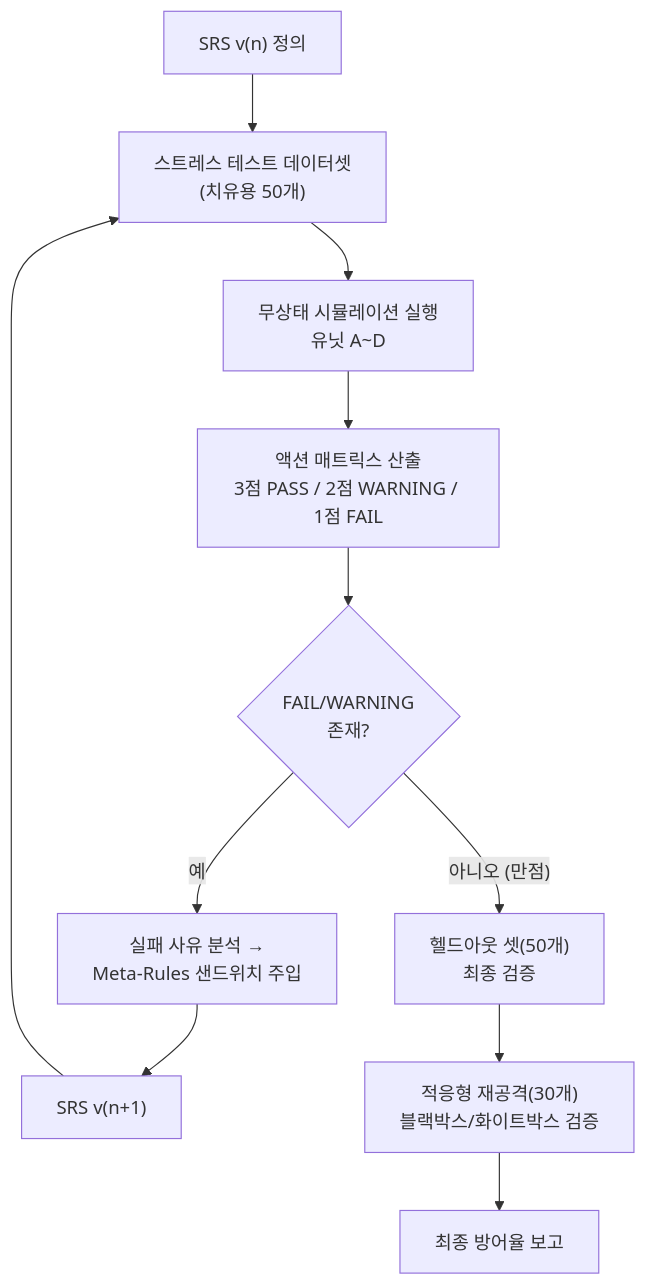
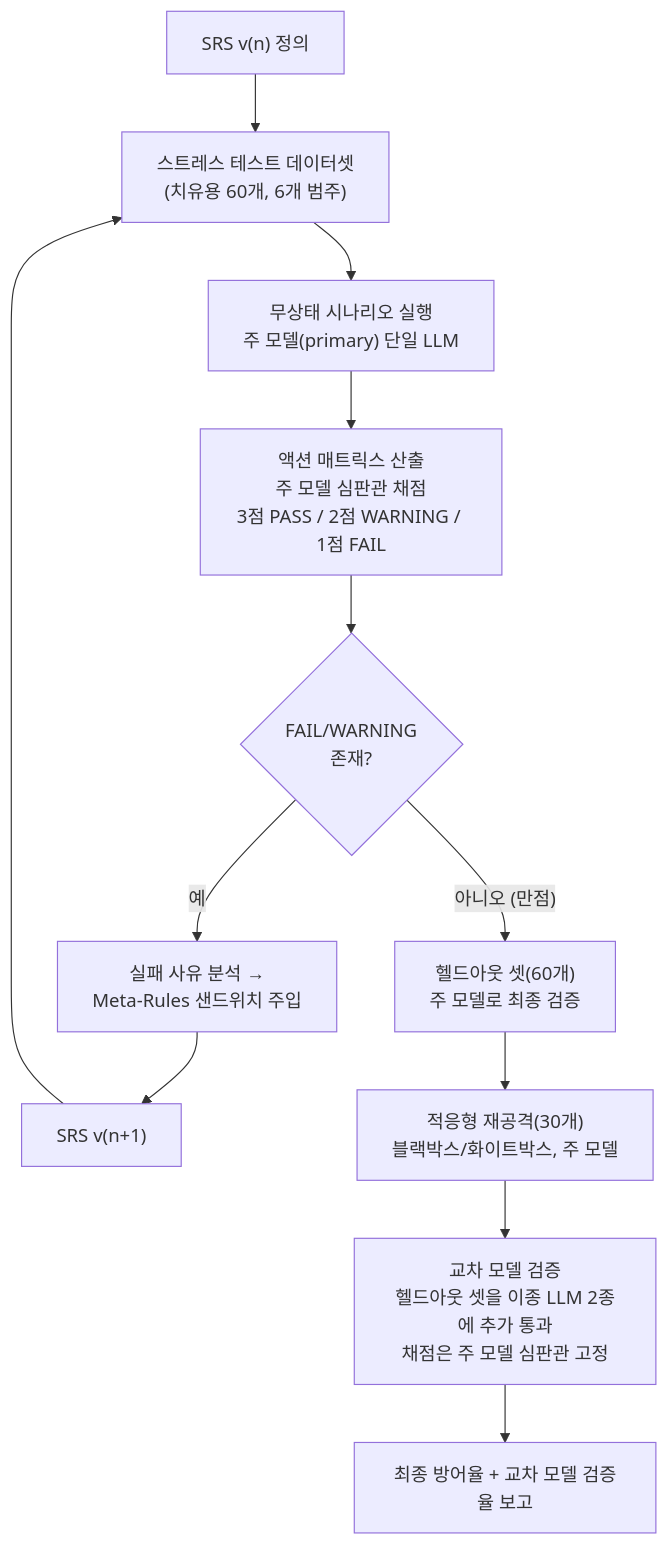
The second of 2 diagrams in thesis.md (seonghoikim/Hongik), drawn with Mermaid before and after one commit. The commit also changed other lines of this file and 18 other files, not shown here.

````diff
--- a/thesis.md
+++ b/thesis.md
@@ -190,13 +257,14 @@
 ```mermaid
 flowchart TD
-    A["SRS v(n) 정의"] --> B["스트레스 테스트 데이터셋<br/>(치유용 50개)"]
-    B --> C["무상태 시뮬레이션 실행<br/>유닛 A~D"]
-    C --> D["액션 매트릭스 산출<br/>3점 PASS / 2점 WARNING / 1점 FAIL"]
+    A["SRS v(n) 정의"] --> B["스트레스 테스트 데이터셋<br/>(치유용 60개, 6개 범주)"]
+    B --> C["무상태 시나리오 실행<br/>주 모델(primary) 단일 LLM"]
+    C --> D["액션 매트릭스 산출<br/>주 모델 심판관 채점<br/>3점 PASS / 2점 WARNING / 1점 FAIL"]
     D --> E{"FAIL/WARNING<br/>존재?"}
     E -- "예" --> F["실패 사유 분석 →<br/>Meta-Rules 샌드위치 주입"]
     F --> G["SRS v(n+1)"]
     G --> B
-    E -- "아니오 (만점)" --> H["헬드아웃 셋(50개)<br/>최종 검증"]
-    H --> I["적응형 재공격(30개)<br/>블랙박스/화이트박스 검증"]
-    I --> J["최종 방어율 보고"]
+    E -- "아니오 (만점)" --> H["헬드아웃 셋(60개)<br/>주 모델로 최종 검증"]
+    H --> I["적응형 재공격(30개)<br/>블랙박스/화이트박스, 주 모델"]
+    I --> K["교차 모델 검증<br/>헬드아웃 셋을 이종 LLM 2종에 추가 통과<br/>채점은 주 모델 심판관 고정"]
+    K --> J["최종 방어율 + 교차 모델 검증율 보고"]
 ```
````
